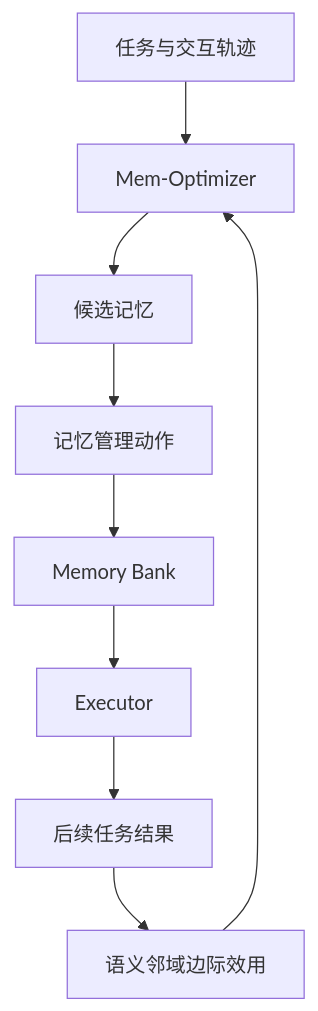
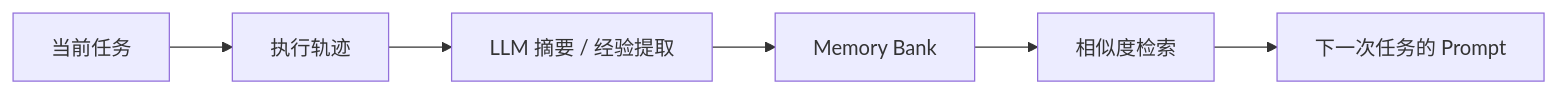
Before and after one commit to ZackLiang/llm-learning-journey: the diagram in docs/paper-notes/agent-self-evolution/memory/umem.md, drawn with Mermaid. The commit also changed other lines of this file and 69 other files, not shown here.

````diff
--- a/docs/paper-notes/agent-self-evolution/memory/umem.md
+++ b/docs/paper-notes/agent-self-evolution/memory/umem.md
@@ -24,11 +33,8 @@
 ```mermaid
-flowchart TD
-    A[任务与交互轨迹] --> B[Mem-Optimizer]
-    B --> C[候选记忆]
-    C --> D[记忆管理动作]
-    D --> E[Memory Bank]
-    E --> F[Executor]
-    F --> G[后续任务结果]
-    G --> H[语义邻域边际效用]
-    H --> B
+flowchart LR
+    A[当前任务] --> B[执行轨迹]
+    B --> C[LLM 摘要 / 经验提取]
+    C --> D[Memory Bank]
+    D --> E[相似度检索]
+    E --> F[下一次任务的 Prompt]
 ```
````
